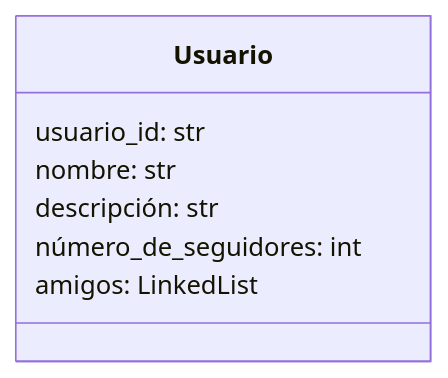
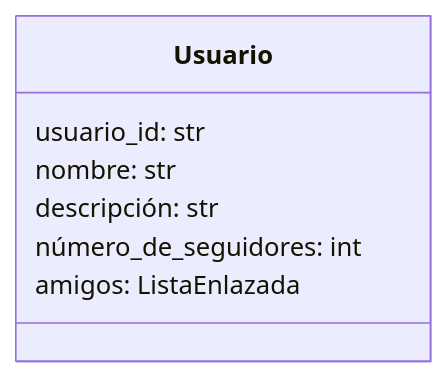
The first of 6 diagrams in README.md (College-Homework-Repos/tarea1-estructura-de-datos-twitter-dataset), drawn with Mermaid before and after one commit. The commit also changed other lines of this file and 1 other file, not shown here.

Commit message:
Improve readme documentation for graph

````diff
--- a/README.md
+++ b/README.md
@@ -26,10 +57,10 @@
 ```mermaid
 classDiagram
     class Usuario {
         usuario_id: str
         nombre: str
         descripción: str
         número_de_seguidores: int
-        amigos: LinkedList
+        amigos: ListaEnlazada
     }
 ```
````
